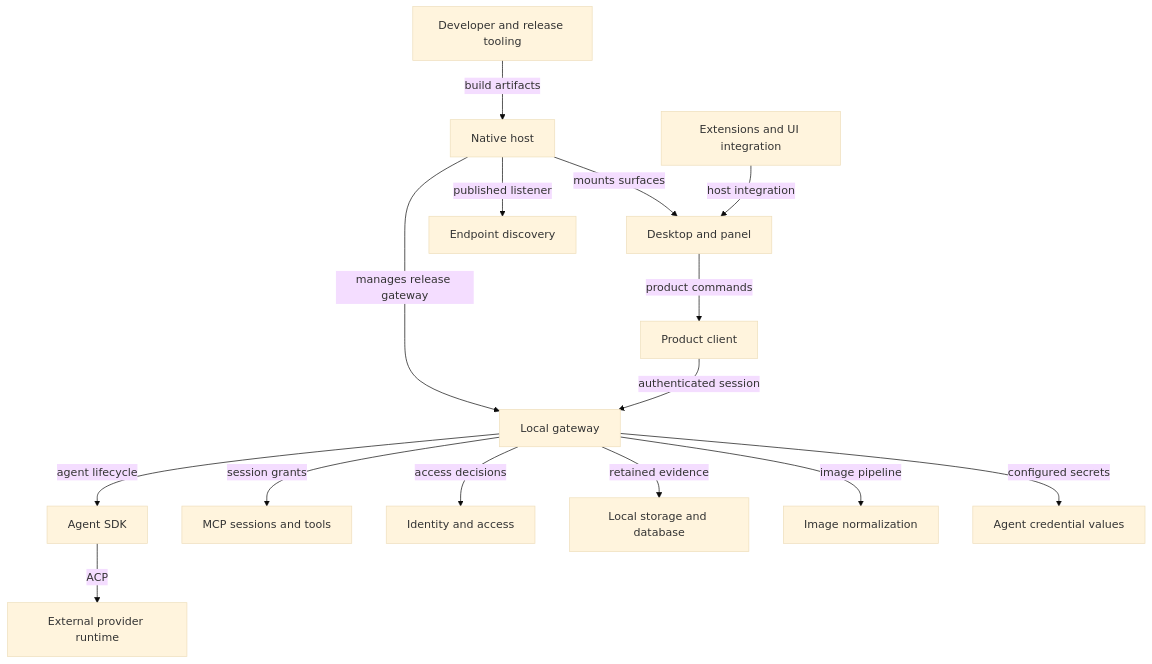
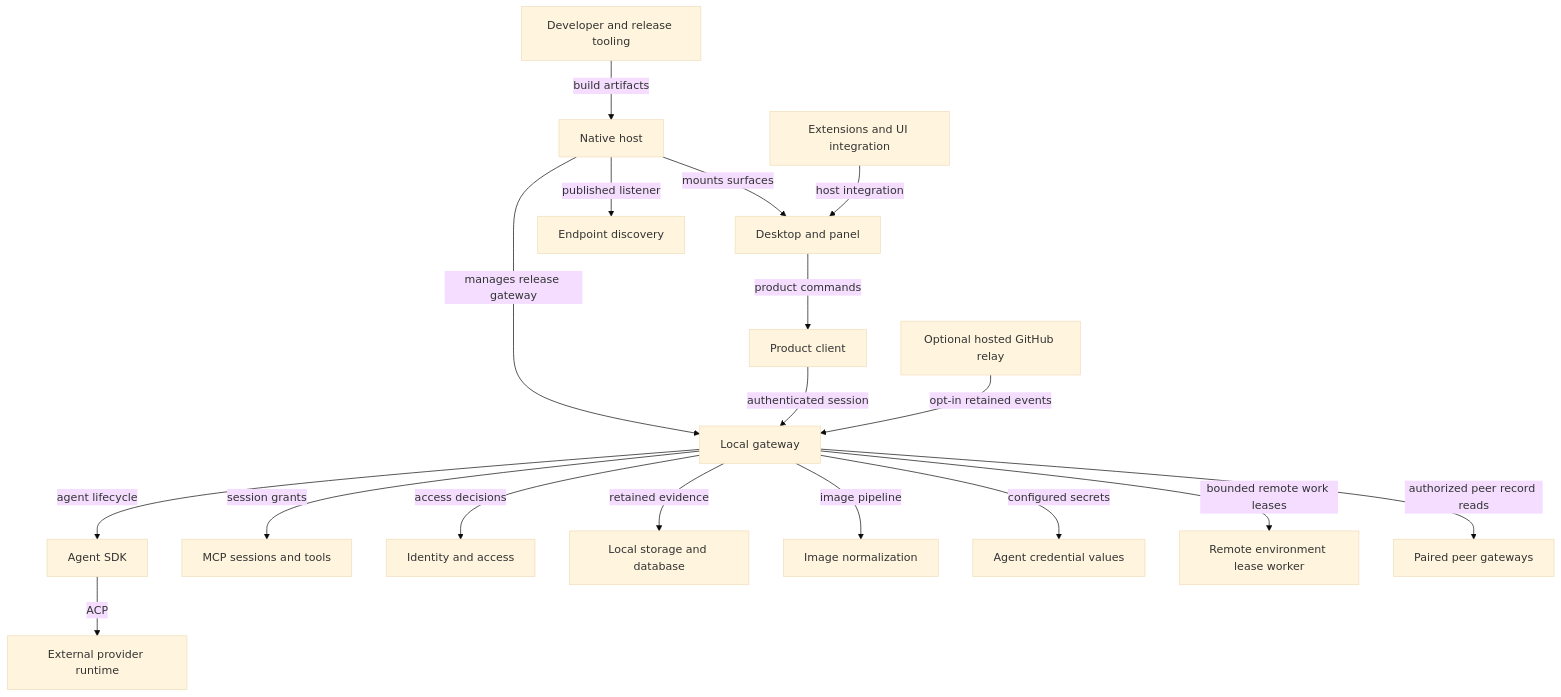
Before and after one commit to nessalabs/nessa-agent: the first of 3 diagrams in docs/state/README.md, drawn with Mermaid (base theme). The commit also changed other lines of this file and 169 other files, not shown here.

````diff
--- a/docs/state/README.md
+++ b/docs/state/README.md
@@ -43,31 +46,37 @@
 ```mermaid
 flowchart TB
     Host[Native host]
     Desktop[Desktop and panel]
     Client[Product client]
     Gateway[Local gateway]
     SDK[Agent SDK]
     Provider[External provider runtime]
     MCP[MCP sessions and tools]
     Auth[Identity and access]
     Storage[Local storage and database]
     Images[Image normalization]
     Endpoint[Endpoint discovery]
     Credentials[Agent credential values]
     Extensions[Extensions and UI integration]
     Tooling[Developer and release tooling]
+    GitHubRelay[Optional hosted GitHub relay]
+    Environment[Remote environment lease worker]
+    Peers[Paired peer gateways]
     Host -->|mounts surfaces| Desktop
     Host -->|manages release gateway| Gateway
     Desktop -->|product commands| Client
     Client -->|authenticated session| Gateway
     Gateway -->|agent lifecycle| SDK
     SDK -->|ACP| Provider
     Gateway -->|access decisions| Auth
     Gateway -->|retained evidence| Storage
     Gateway -->|image pipeline| Images
     Gateway -->|session grants| MCP
     Host -->|published listener| Endpoint
     Gateway -->|configured secrets| Credentials
     Extensions -->|host integration| Desktop
     Tooling -->|build artifacts| Host
+    Gateway -->|bounded remote work leases| Environment
+    Gateway -->|authorized peer record reads| Peers
+    GitHubRelay -->|opt-in retained events| Gateway
 ```
````
